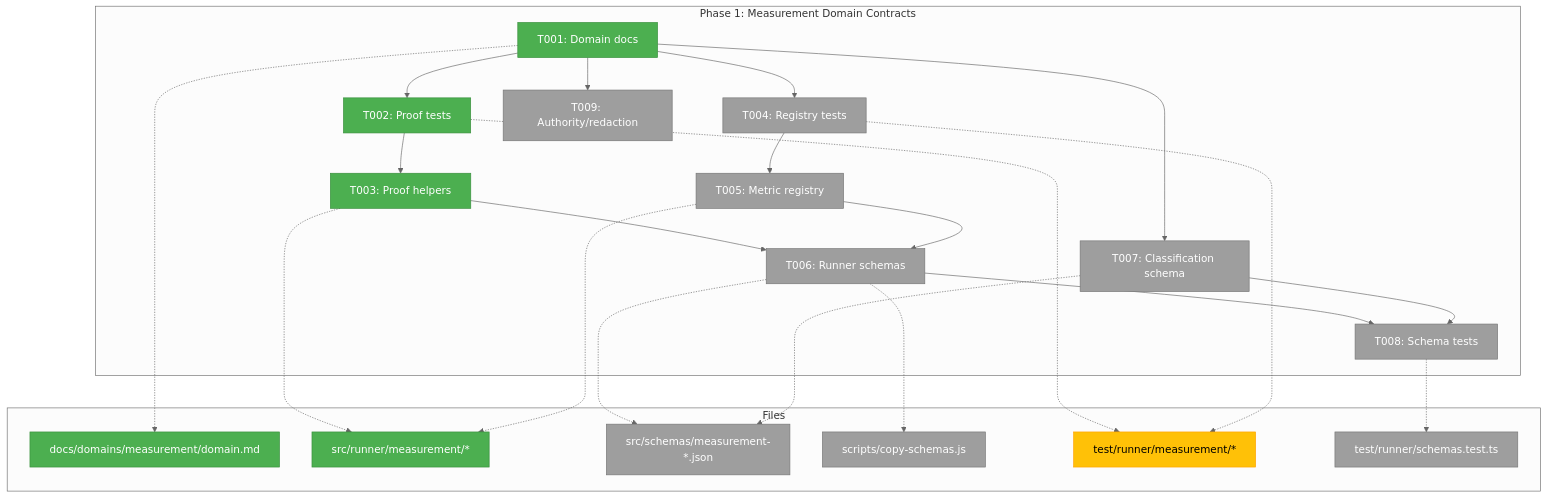
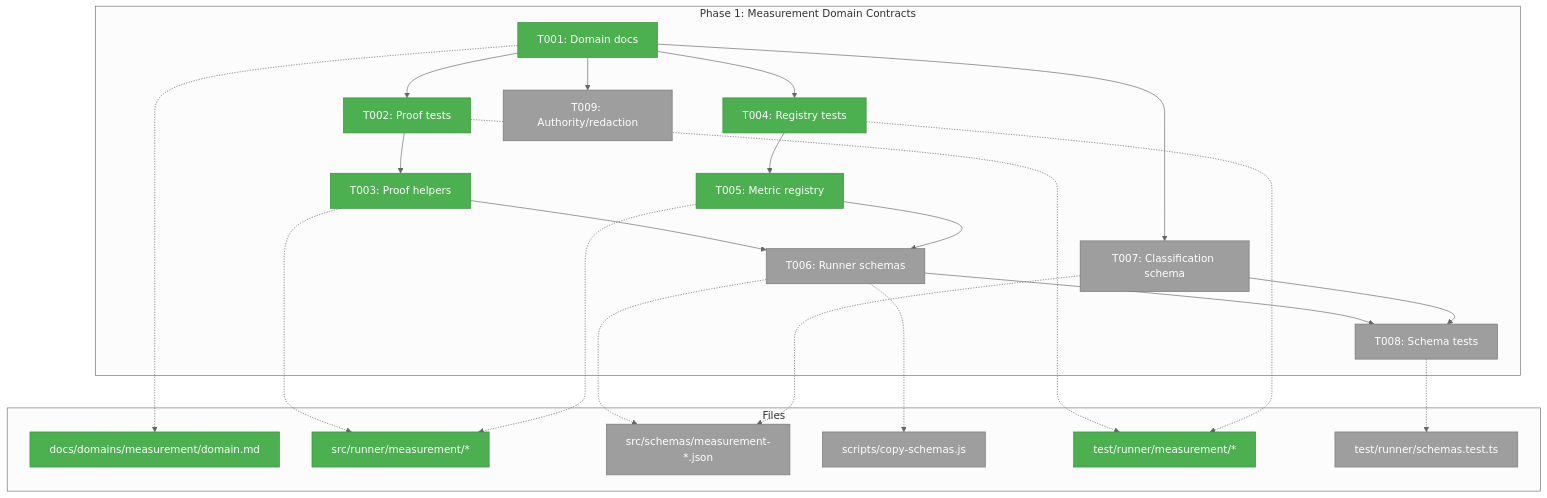
Before and after one commit to AI-Substrate/minih: the first of 3 diagrams in docs/plans/020-minih-harness-measurement/tasks/phase-1-measurement-domain-contracts/tasks.md, drawn with Mermaid (neutral theme). The commit also changed other lines of this file and 7 other files, not shown here.

Commit message:
feat: add measurement metric registry

````diff
--- a/docs/plans/020-minih-harness-measurement/tasks/phase-1-measurement-domain-contracts/tasks.md
+++ b/docs/plans/020-minih-harness-measurement/tasks/phase-1-measurement-domain-contracts/tasks.md
@@ -85,43 +85,43 @@
 ```mermaid
 flowchart TD
     classDef pending fill:#9E9E9E,stroke:#757575,color:#fff
     classDef inprogress fill:#FFC107,stroke:#FFA000,color:#000
     classDef completed fill:#4CAF50,stroke:#388E3C,color:#fff
 
     subgraph Phase["Phase 1: Measurement Domain Contracts"]
         T001["T001: Domain docs"]:::completed
         T002["T002: Proof tests"]:::completed
         T003["T003: Proof helpers"]:::completed
-        T004["T004: Registry tests"]:::pending
-        T005["T005: Metric registry"]:::pending
+        T004["T004: Registry tests"]:::completed
+        T005["T005: Metric registry"]:::completed
         T006["T006: Runner schemas"]:::pending
         T007["T007: Classification schema"]:::pending
         T008["T008: Schema tests"]:::pending
         T009["T009: Authority/redaction"]:::pending
         T001 --> T002 --> T003
         T001 --> T004 --> T005
         T003 --> T006 --> T008
         T005 --> T006
         T001 --> T007 --> T008
         T001 --> T009
     end
 
     subgraph Files["Files"]
         D1["docs/domains/measurement/domain.md"]:::completed
         R1["src/runner/measurement/*"]:::completed
         S1["src/schemas/measurement-*.json"]:::pending
         C1["scripts/copy-schemas.js"]:::pending
-        V1["test/runner/measurement/*"]:::inprogress
+        V1["test/runner/measurement/*"]:::completed
         V2["test/runner/schemas.test.ts"]:::pending
     end
 
     T001 -.-> D1
     T003 -.-> R1
     T005 -.-> R1
     T006 -.-> S1
     T006 -.-> C1
     T007 -.-> S1
     T002 -.-> V1
     T004 -.-> V1
     T008 -.-> V2
 ```
````
